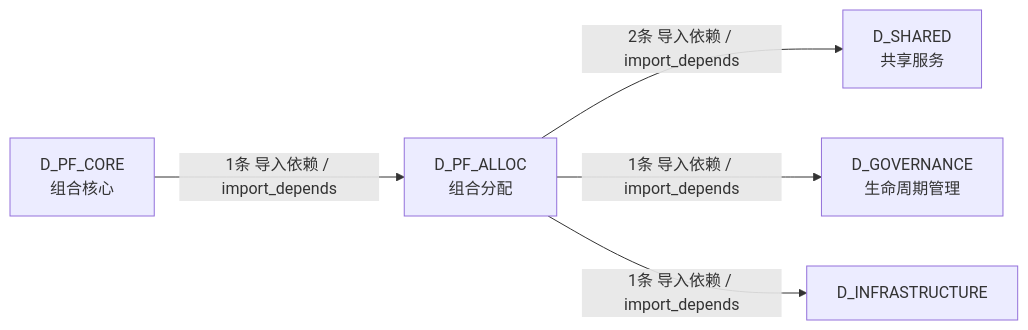
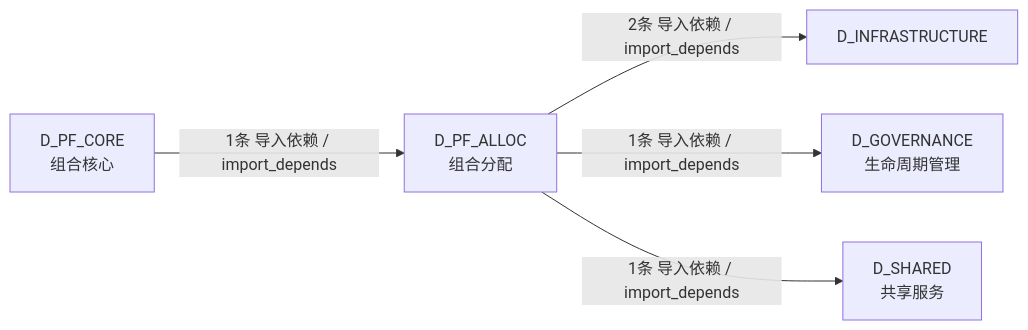
Before and after one commit to xuanFelixVan/ZephyrAlpha: the fifth of 5 diagrams in docs/02_enterprise_architecture/02_domain_architecture_docs/51_d_pf_alloc.md, drawn with Mermaid. The commit also changed other lines of this file and 126 other files, not shown here.

````diff
--- a/docs/02_enterprise_architecture/02_domain_architecture_docs/51_d_pf_alloc.md
+++ b/docs/02_enterprise_architecture/02_domain_architecture_docs/51_d_pf_alloc.md
@@ -195,12 +196,12 @@
 ```mermaid
 graph LR
     D_PF_ALLOC["D_PF_ALLOC<br/>组合分配"]
+    D_INFRASTRUCTURE["D_INFRASTRUCTURE"]
+    D_GOVERNANCE["D_GOVERNANCE<br/>生命周期管理"]
     D_SHARED["D_SHARED<br/>共享服务"]
-    D_GOVERNANCE["D_GOVERNANCE<br/>生命周期管理"]
-    D_INFRASTRUCTURE["D_INFRASTRUCTURE"]
     D_PF_CORE["D_PF_CORE<br/>组合核心"]
-    D_PF_ALLOC -->|2条 导入依赖 / import_depends| D_SHARED
+    D_PF_ALLOC -->|2条 导入依赖 / import_depends| D_INFRASTRUCTURE
     D_PF_ALLOC -->|1条 导入依赖 / import_depends| D_GOVERNANCE
-    D_PF_ALLOC -->|1条 导入依赖 / import_depends| D_INFRASTRUCTURE
+    D_PF_ALLOC -->|1条 导入依赖 / import_depends| D_SHARED
     D_PF_CORE -->|1条 导入依赖 / import_depends| D_PF_ALLOC
 ```
````
